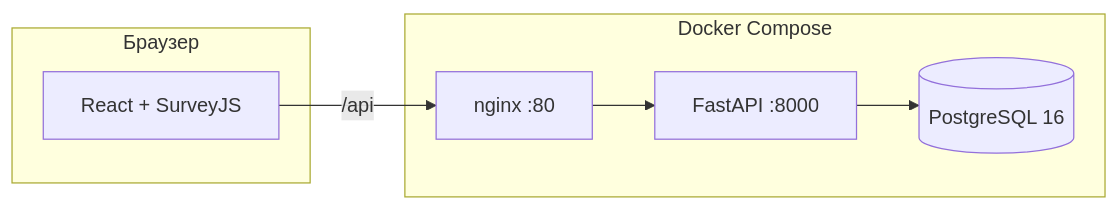
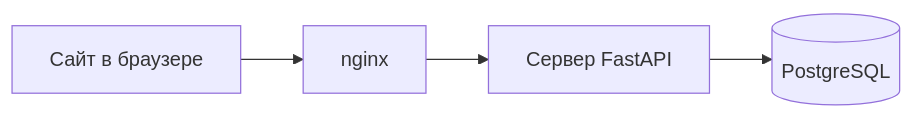
One commit to sanya2905/survey-constructor-service changed the second of 7 diagrams in docs/vkr-zashchita-prezentaciya.md. Above: the diagram before and after it, drawn with Mermaid. The commit also changed other lines of this file, not shown here.

````diff
--- a/docs/vkr-zashchita-prezentaciya.md
+++ b/docs/vkr-zashchita-prezentaciya.md
@@ -67,14 +65,9 @@
 ```mermaid
 flowchart LR
-    subgraph client [Браузер]
-        UI[React + SurveyJS]
-    end
-    subgraph docker [Docker Compose]
-        NG[nginx :80]
-        API[FastAPI :8000]
-        DB[(PostgreSQL 16)]
-    end
-    UI -->|/api| NG
-    NG --> API
-    API --> DB
+    UI[Сайт в браузере]
+    NG[nginx]
+    API[Сервер FastAPI]
+    DB[(PostgreSQL)]
+
+    UI --> NG --> API --> DB
 ```
````
